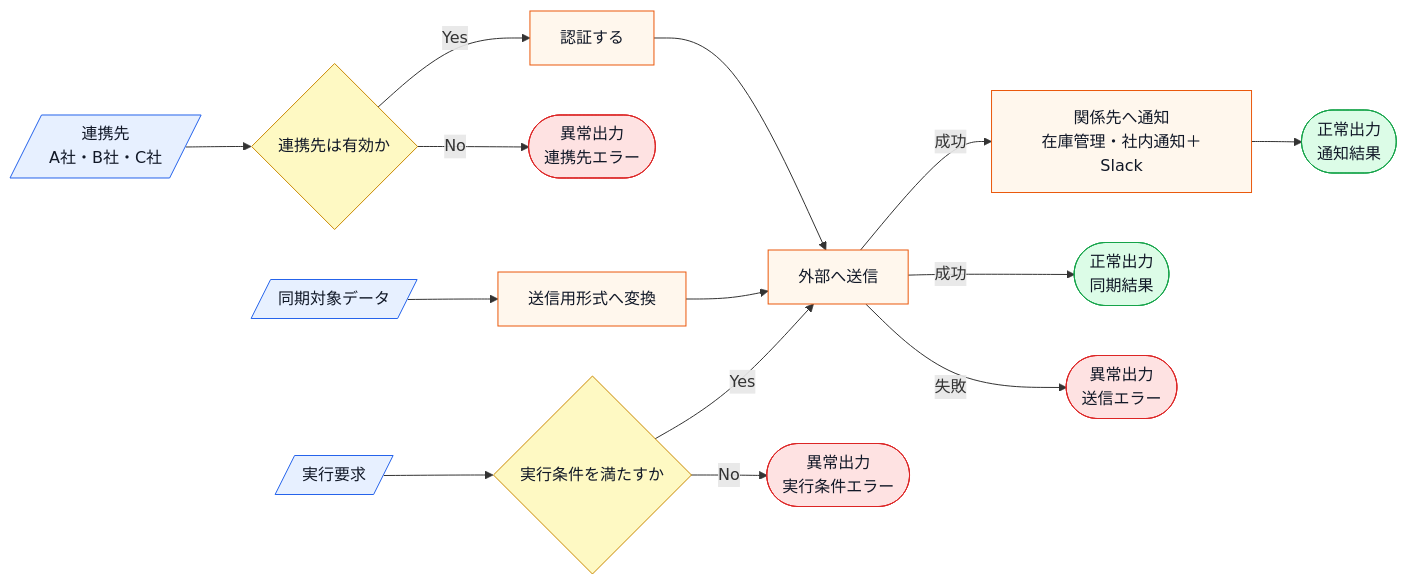
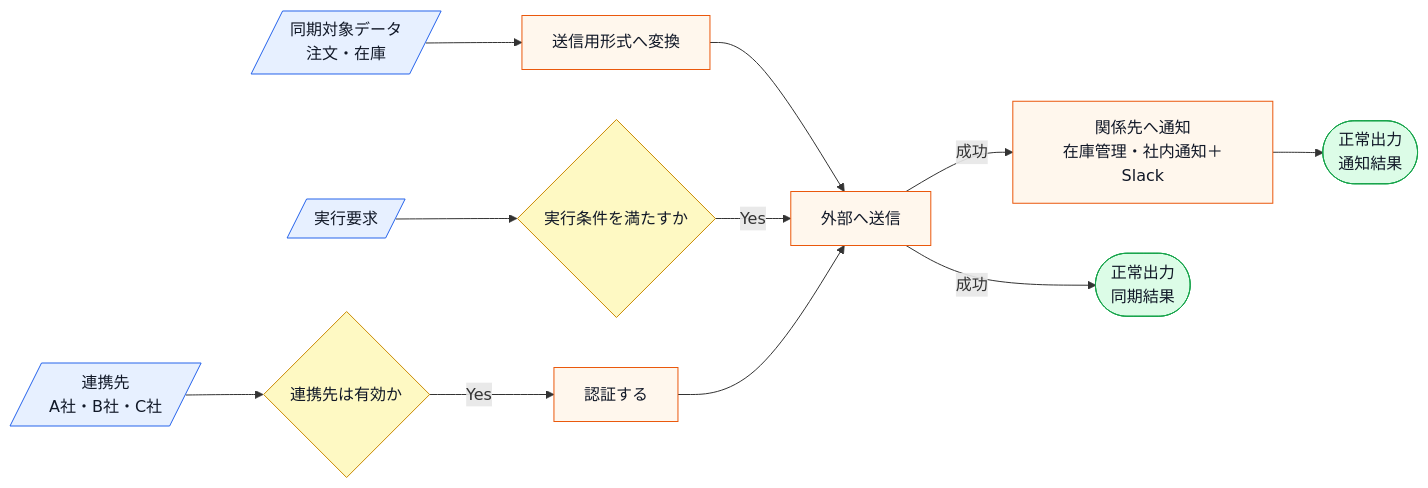
The fourth of 8 diagrams in kindle/design-patterns/output/chapter10.md (kumachan1101-pixel/DesignPattern), drawn with Mermaid before and after one commit. The commit also changed other lines of this file and 11 other files, not shown here.

Commit message:
docs: 残タスクの仕様図と外部境界を全章反映

````diff
--- a/kindle/design-patterns/output/chapter10.md
+++ b/kindle/design-patterns/output/chapter10.md
@@ -361,22 +390,18 @@
 ```mermaid
 flowchart LR
     A[/連携先<br>A社・B社・C社/]:::input --> B{連携先は有効か}:::decision
-    C[/同期対象データ/]:::input --> D[送信用形式へ変換]:::process
+    C[/同期対象データ<br>注文・在庫/]:::input --> D[送信用形式へ変換]:::process
     E[/実行要求/]:::input --> F{実行条件を満たすか}:::decision
     B -->|Yes| G[認証する]:::process
     D --> H[外部へ送信]:::process
     F -->|Yes| H
     G --> H
     H -->|成功| I[関係先へ通知<br>在庫管理・社内通知＋Slack]:::process
     H -->|成功| J([正常出力<br>同期結果]):::normal
     I --> K([正常出力<br>通知結果]):::normal
-    B -->|No| L([異常出力<br>連携先エラー]):::error
-    F -->|No| M([異常出力<br>実行条件エラー]):::error
-    H -->|失敗| N([異常出力<br>送信エラー]):::error
 
     classDef input fill:#e7f0ff,stroke:#2563eb,color:#111827;
     classDef process fill:#fff7ed,stroke:#ea580c,color:#111827;
     classDef decision fill:#fef9c3,stroke:#ca8a04,color:#111827;
     classDef normal fill:#dcfce7,stroke:#16a34a,color:#111827;
-    classDef error fill:#fee2e2,stroke:#dc2626,color:#111827;
 ```
````
